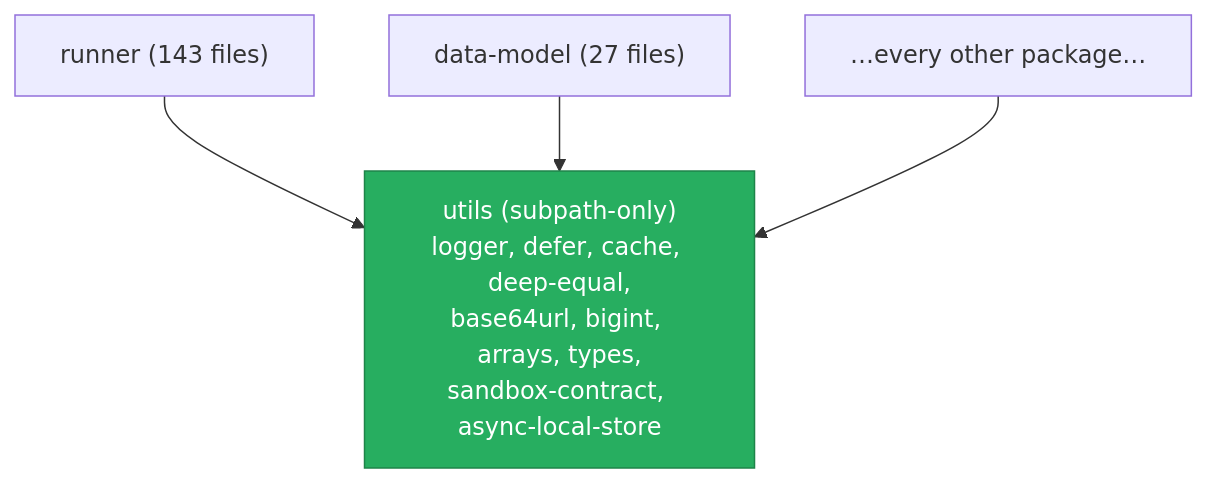
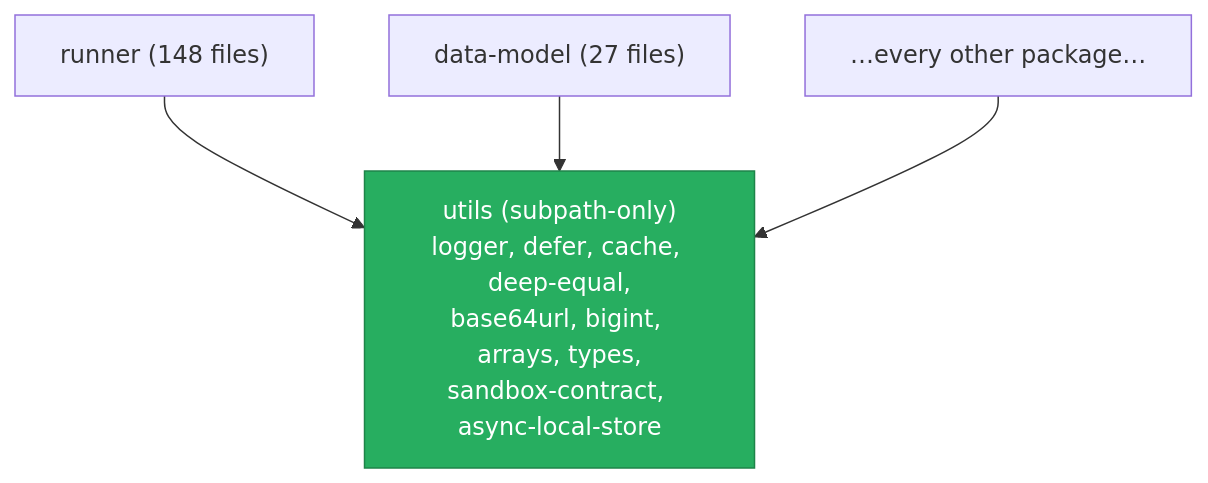
The first of 5 diagrams in docs/development/orientation/tooling-and-patterns.md (commontoolsinc/labs), drawn with Mermaid before and after one commit. The commit also changed other lines of this file and 3 other files, not shown here.

````diff
--- a/docs/development/orientation/tooling-and-patterns.md
+++ b/docs/development/orientation/tooling-and-patterns.md
@@ -17,12 +17,12 @@
 ```mermaid
 flowchart TB
     classDef leaf fill:#27ae60,stroke:#1e8449,color:#fff
     utils["utils (subpath-only)<br/>logger, defer, cache, deep-equal,<br/>base64url, bigint, arrays, types,<br/>sandbox-contract, async-local-store"]:::leaf
-    runner["runner (143 files)"]
+    runner["runner (148 files)"]
     datamodel["data-model (27 files)"]
     others["…every other package…"]
 
     runner --> utils
     datamodel --> utils
     others --> utils
 ```
````
